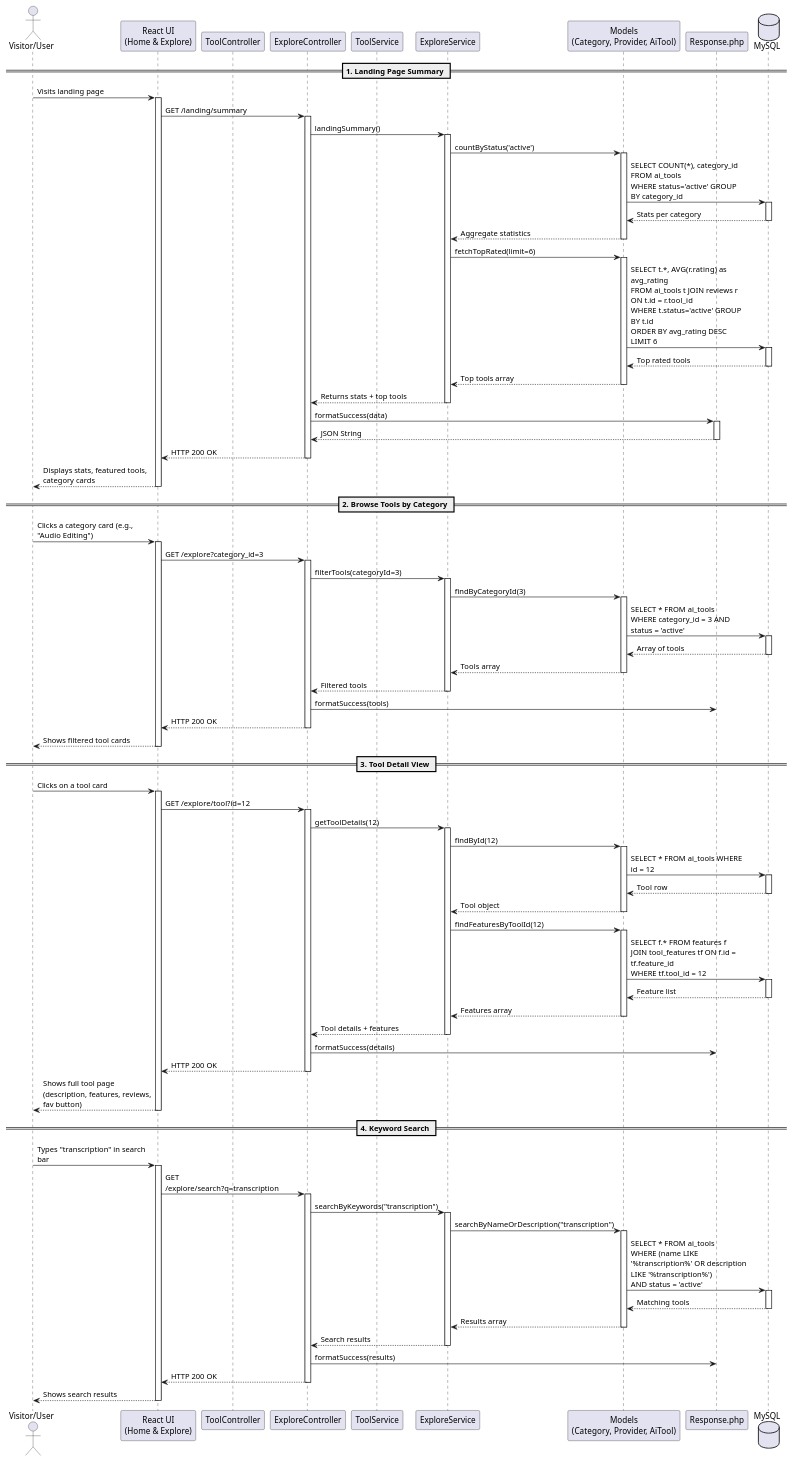
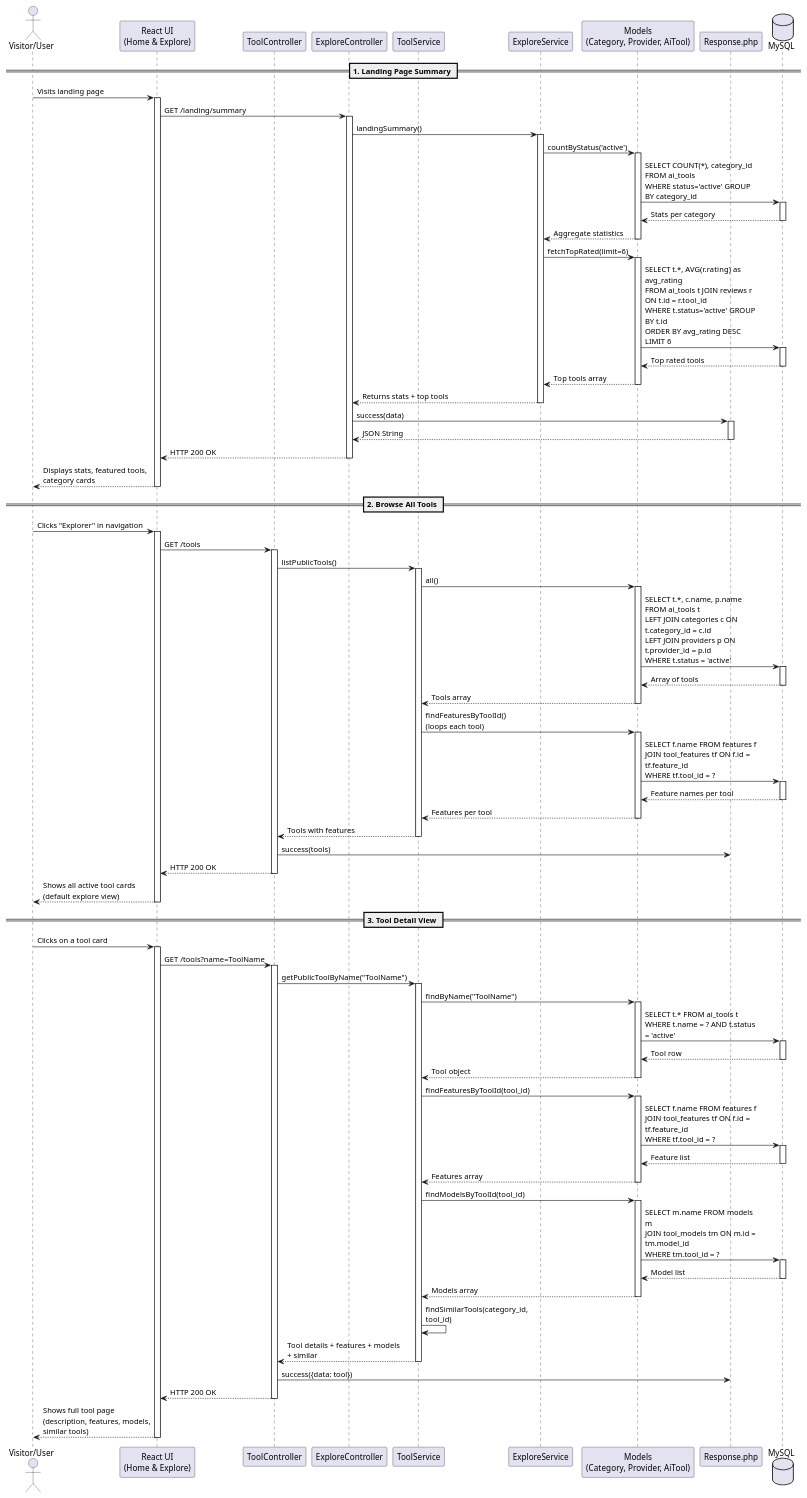
One commit to dss47/Penguins changed the diagram in docs/sequence/explore.wsd. Above: the diagram before and after it, drawn with PlantUML. The commit also changed 11 other files, not shown here.

Commit message:
sequence edit

```diff
--- a/docs/sequence/explore.wsd
+++ b/docs/sequence/explore.wsd
@@ -1,146 +1,140 @@
 @startuml explore_browse
 skinparam maxMessageSize 200
 
 actor "Visitor/User" as user
 participant "React UI\n(Home & Explore)" as react
 participant "ToolController" as tool_ctrl
 participant "ExploreController" as explore_ctrl
 participant "ToolService" as tool_svc
 participant "ExploreService" as explore_svc
 participant "Models\n(Category, Provider, AiTool)" as model
 participant "Response.php" as res
 database "MySQL" as db
 
 
 == 1. Landing Page Summary ==
 
 user -> react : Visits landing page
 activate react
   react -> explore_ctrl : GET /landing/summary
   activate explore_ctrl
     explore_ctrl -> explore_svc : landingSummary()
     activate explore_svc
       explore_svc -> model : countByStatus('active')
       activate model
         model -> db : SELECT COUNT(*), category_id FROM ai_tools\nWHERE status='active' GROUP BY category_id
         activate db
           db --> model : Stats per category
         deactivate db
         model --> explore_svc : Aggregate statistics
       deactivate model
       
       explore_svc -> model : fetchTopRated(limit=6)
       activate model
         model -> db : SELECT t.*, AVG(r.rating) as avg_rating\nFROM ai_tools t JOIN reviews r ON t.id = r.tool_id\nWHERE t.status='active' GROUP BY t.id\nORDER BY avg_rating DESC LIMIT 6
         activate db
           db --> model : Top rated tools
         deactivate db
         model --> explore_svc : Top tools array
       deactivate model
       
       explore_svc --> explore_ctrl : Returns stats + top tools
     deactivate explore_svc
     
-    explore_ctrl -> res : formatSuccess(data)
+    explore_ctrl -> res : success(data)
     activate res
       res --> explore_ctrl : JSON String
     deactivate res
     
     explore_ctrl --> react : HTTP 200 OK
   deactivate explore_ctrl
   
   react --> user : Displays stats, featured tools, category cards
 deactivate react
 
 
-== 2. Browse Tools by Category ==
+== 2. Browse All Tools ==
 
-user -> react : Clicks a category card (e.g., "Audio Editing")
+user -> react : Clicks "Explorer" in navigation
 activate react
-  react -> explore_ctrl : GET /explore?category_id=3
-  activate explore_ctrl
-    explore_ctrl -> explore_svc : filterTools(categoryId=3)
-    activate explore_svc
-      explore_svc -> model : findByCategoryId(3)
+  react -> tool_ctrl : GET /tools
+  activate tool_ctrl
+    tool_ctrl -> tool_svc : listPublicTools()
+    activate tool_svc
+      tool_svc -> model : all()
       activate model
-        model -> db : SELECT * FROM ai_tools\nWHERE category_id = 3 AND status = 'active'
+        model -> db : SELECT t.*, c.name, p.name\nFROM ai_tools t\nLEFT JOIN categories c ON t.category_id = c.id\nLEFT JOIN providers p ON t.provider_id = p.id\nWHERE t.status = 'active'
         activate db
           db --> model : Array of tools
         deactivate db
-        model --> explore_svc : Tools array
+        model --> tool_svc : Tools array
       deactivate model
-      explore_svc --> explore_ctrl : Filtered tools
-    deactivate explore_svc
+      
+      tool_svc -> model : findFeaturesByToolId()\n(loops each tool)
+      activate model
+        model -> db : SELECT f.name FROM features f\nJOIN tool_features tf ON f.id = tf.feature_id\nWHERE tf.tool_id = ?
+        activate db
+          db --> model : Feature names per tool
+        deactivate db
+        model --> tool_svc : Features per tool
+      deactivate model
+      
+      tool_svc --> tool_ctrl : Tools with features
+    deactivate tool_svc
     
-    explore_ctrl -> res : formatSuccess(tools)
-    explore_ctrl --> react : HTTP 200 OK
-  deactivate explore_ctrl
+    tool_ctrl -> res : success(tools)
+    tool_ctrl --> react : HTTP 200 OK
+  deactivate tool_ctrl
   
-  react --> user : Shows filtered tool cards
+  react --> user : Shows all active tool cards\n(default explore view)
 deactivate react
 
 
 == 3. Tool Detail View ==
 
 user -> react : Clicks on a tool card
 activate react
-  react -> explore_ctrl : GET /explore/tool?id=12
-  activate explore_ctrl
-    explore_ctrl -> explore_svc : getToolDetails(12)
-    activate explore_svc
-      explore_svc -> model : findById(12)
+  react -> tool_ctrl : GET /tools?name=ToolName
+  activate tool_ctrl
+    tool_ctrl -> tool_svc : getPublicToolByName("ToolName")
+    activate tool_svc
+      tool_svc -> model : findByName("ToolName")
       activate model
-        model -> db : SELECT * FROM ai_tools WHERE id = 12
+        model -> db : SELECT t.* FROM ai_tools t\nWHERE t.name = ? AND t.status = 'active'
         activate db
           db --> model : Tool row
         deactivate db
-        model --> explore_svc : Tool object
+        model --> tool_svc : Tool object
       deactivate model
       
-      explore_svc -> model : findFeaturesByToolId(12)
+      tool_svc -> model : findFeaturesByToolId(tool_id)
       activate model
-        model -> db : SELECT f.* FROM features f\nJOIN tool_features tf ON f.id = tf.feature_id\nWHERE tf.tool_id = 12
+        model -> db : SELECT f.name FROM features f\nJOIN tool_features tf ON f.id = tf.feature_id\nWHERE tf.tool_id = ?
         activate db
           db --> model : Feature list
         deactivate db
-        model --> explore_svc : Features array
+        model --> tool_svc : Features array
       deactivate model
       
-      explore_svc --> explore_ctrl : Tool details + features
-    deactivate explore_svc
+      tool_svc -> model : findModelsByToolId(tool_id)
+      activate model
+        model -> db : SELECT m.name FROM models m\nJOIN tool_models tm ON m.id = tm.model_id\nWHERE tm.tool_id = ?
+        activate db
+          db --> model : Model list
+        deactivate db
+        model --> tool_svc : Models array
+      deactivate model
+      
+      tool_svc -> tool_svc : findSimilarTools(category_id, tool_id)
+      
+      tool_svc --> tool_ctrl : Tool details + features + models + similar
+    deactivate tool_svc
     
-    explore_ctrl -> res : formatSuccess(details)
-    explore_ctrl --> react : HTTP 200 OK
-  deactivate explore_ctrl
+    tool_ctrl -> res : success({data: tool})
+    tool_ctrl --> react : HTTP 200 OK
+  deactivate tool_ctrl
   
-  react --> user : Shows full tool page\n(description, features, reviews, fav button)
-deactivate react
-
-
-== 4. Keyword Search ==
-
-user -> react : Types "transcription" in search bar
-activate react
-  react -> explore_ctrl : GET /explore/search?q=transcription
-  activate explore_ctrl
-    explore_ctrl -> explore_svc : searchByKeywords("transcription")
-    activate explore_svc
-      explore_svc -> model : searchByNameOrDescription("transcription")
-      activate model
-        model -> db : SELECT * FROM ai_tools\nWHERE (name LIKE '%transcription%' OR description LIKE '%transcription%')\nAND status = 'active'
-        activate db
-          db --> model : Matching tools
-        deactivate db
-        model --> explore_svc : Results array
-      deactivate model
-      explore_svc --> explore_ctrl : Search results
-    deactivate explore_svc
-    
-    explore_ctrl -> res : formatSuccess(results)
-    explore_ctrl --> react : HTTP 200 OK
-  deactivate explore_ctrl
-  
-  react --> user : Shows search results
+  react --> user : Shows full tool page\n(description, features, models, similar tools)
 deactivate react
 
 @enduml
```
